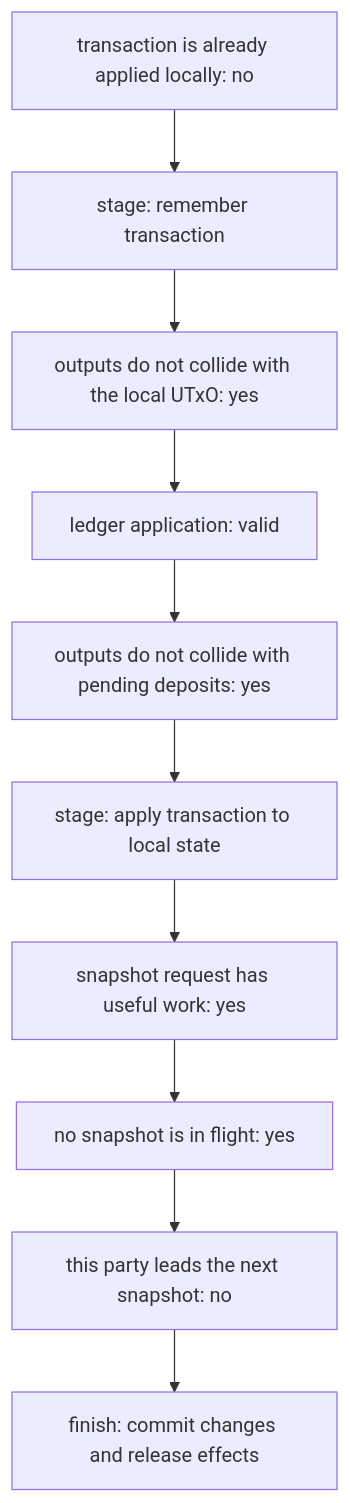
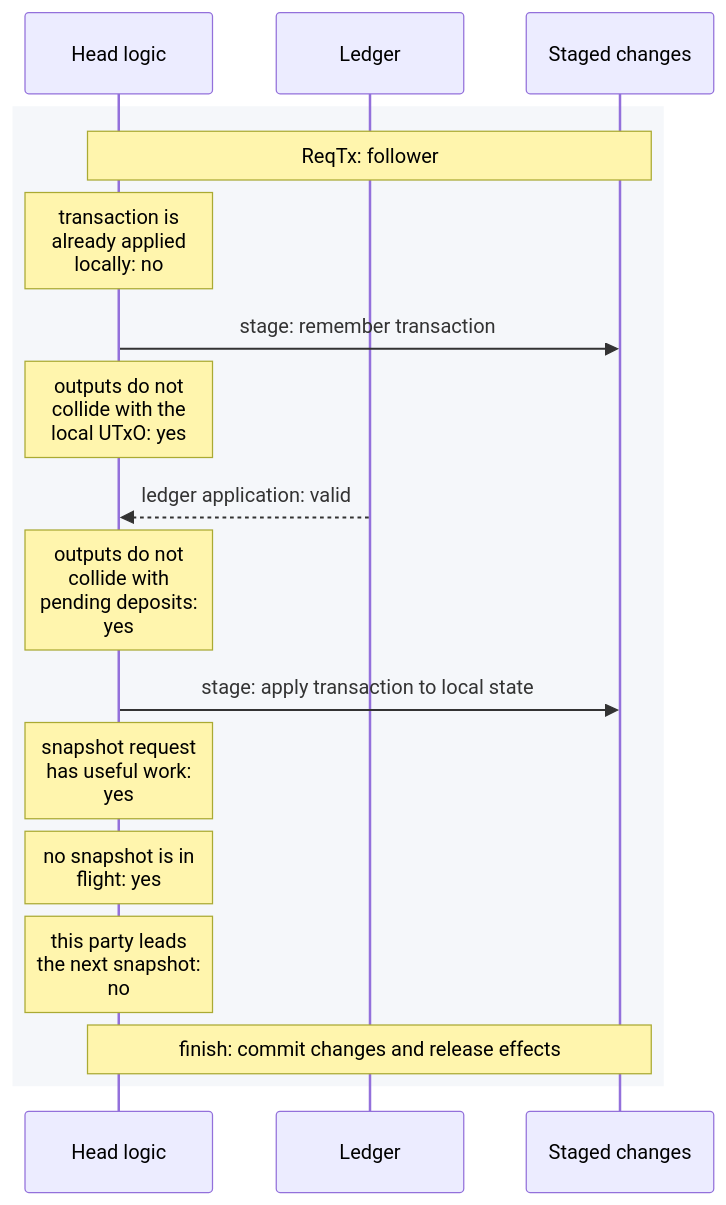
Before and after one commit to cardano-scaling/hydra: the second of 6 diagrams in docs/docs/dev/architecture/head-logic-traces/README.md, drawn with Mermaid. The commit also changed other lines of this file and 25 other files, not shown here.

Commit message:
re-org diagrams

````diff
--- a/docs/docs/dev/architecture/head-logic-traces/README.md
+++ b/docs/docs/dev/architecture/head-logic-traces/README.md
@@ -45,22 +46,20 @@
 ```mermaid
-flowchart TD
-  n0["transaction is already applied locally: no"]
-  n1["stage: remember transaction"]
-  n2["outputs do not collide with the local UTxO: yes"]
-  n3["ledger application: valid"]
-  n4["outputs do not collide with pending deposits: yes"]
-  n5["stage: apply transaction to local state"]
-  n6["snapshot request has useful work: yes"]
-  n7["no snapshot is in flight: yes"]
-  n8["this party leads the next snapshot: no"]
-  n9["finish: commit changes and release effects"]
-  n0 --> n1
-  n1 --> n2
-  n2 --> n3
-  n3 --> n4
-  n4 --> n5
-  n5 --> n6
-  n6 --> n7
-  n7 --> n8
-  n8 --> n9
+%%{init: {"sequence": {"wrap": true}}}%%
+sequenceDiagram
+  participant logic as Head logic
+  participant ledger as Ledger
+  participant changes as Staged changes
+  rect rgb(245, 247, 250)
+    Note over logic,changes: ReqTx: follower
+    Note over logic: transaction is already applied locally: no
+    logic->>changes: stage: remember transaction
+    Note over logic: outputs do not collide with the local UTxO: yes
+    ledger-->>logic: ledger application: valid
+    Note over logic: outputs do not collide with pending deposits: yes
+    logic->>changes: stage: apply transaction to local state
+    Note over logic: snapshot request has useful work: yes
+    Note over logic: no snapshot is in flight: yes
+    Note over logic: this party leads the next snapshot: no
+    Note over logic,changes: finish: commit changes and release effects
+  end
 ```
````
